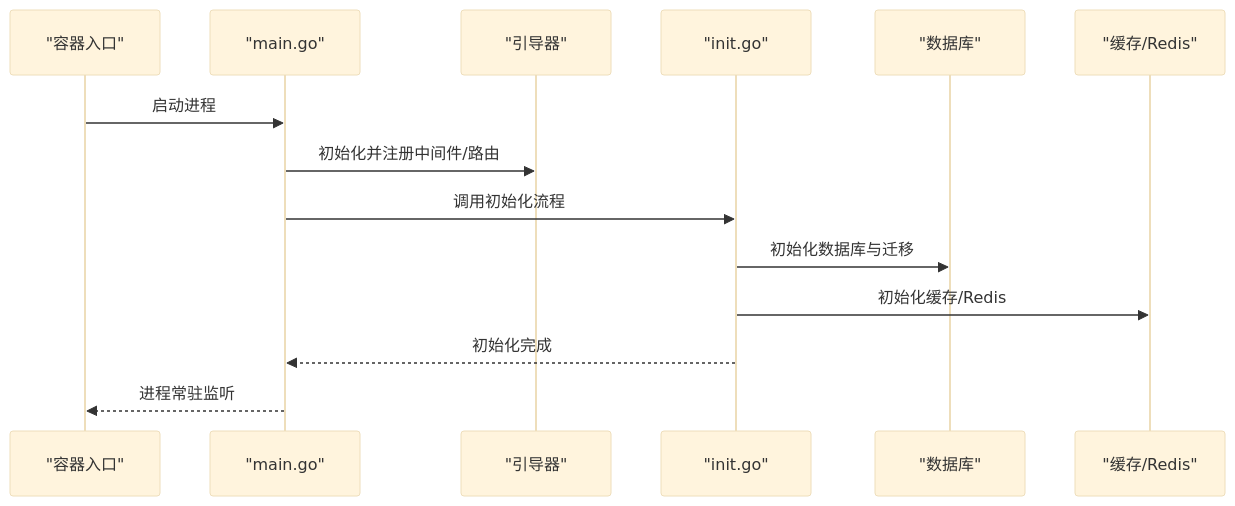
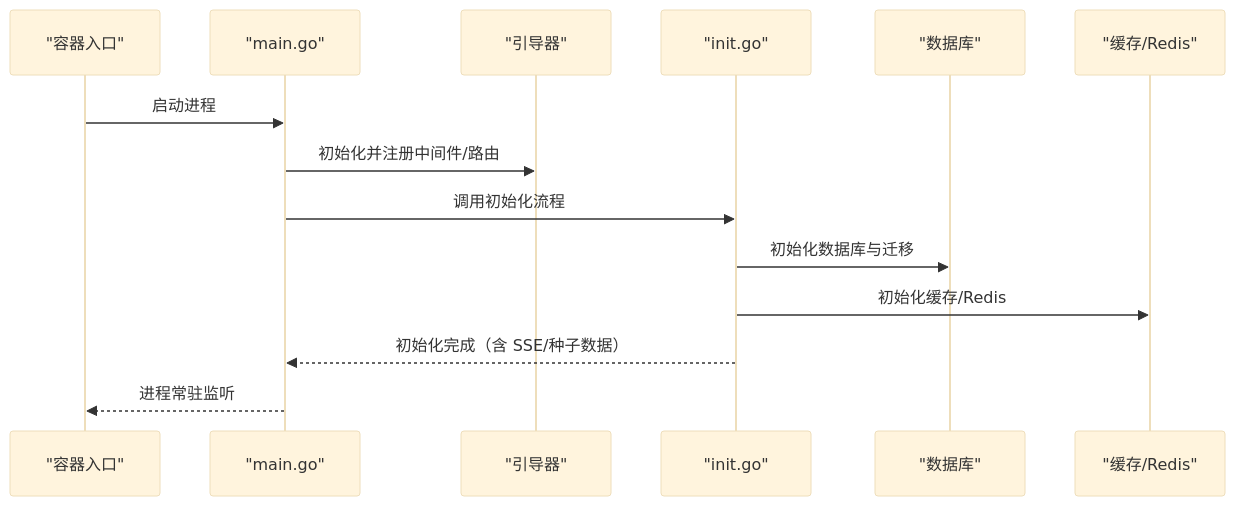
Before and after one commit to wuwuseo/e-sports-go-admin: the third of 4 diagrams in .qoder/repowiki/zh/content/部署运维/容器化部署.md, drawn with Mermaid (base theme). The commit also changed other lines of this file and 42 other files, not shown here.

````diff
--- a/.qoder/repowiki/zh/content/部署运维/容器化部署.md
+++ b/.qoder/repowiki/zh/content/部署运维/容器化部署.md
@@ -119,16 +119,16 @@
 ```mermaid
 sequenceDiagram
 participant Entrypoint as "容器入口"
 participant Main as "main.go"
 participant Bootstrap as "引导器"
 participant Init as "init.go"
 participant DB as "数据库"
 participant Cache as "缓存/Redis"
 Entrypoint->>Main : 启动进程
 Main->>Bootstrap : 初始化并注册中间件/路由
 Main->>Init : 调用初始化流程
 Init->>DB : 初始化数据库与迁移
 Init->>Cache : 初始化缓存/Redis
-Init-->>Main : 初始化完成
+Init-->>Main : 初始化完成（含 SSE/种子数据）
 Main-->>Entrypoint : 进程常驻监听
 ```
````
